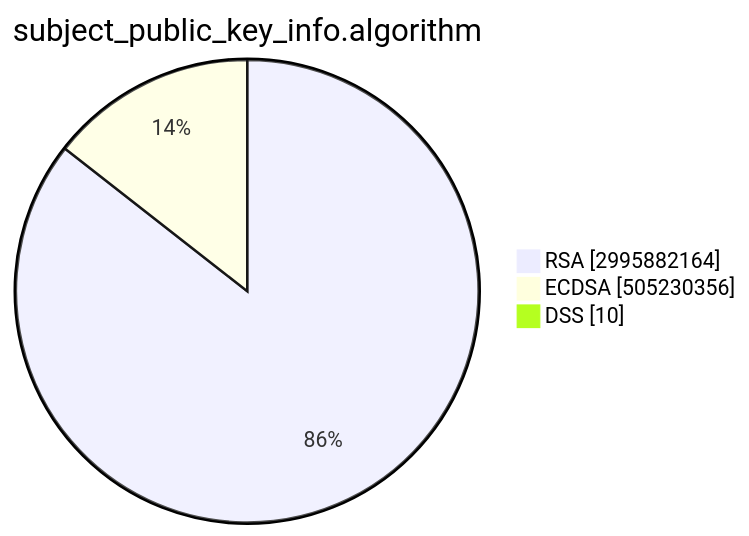
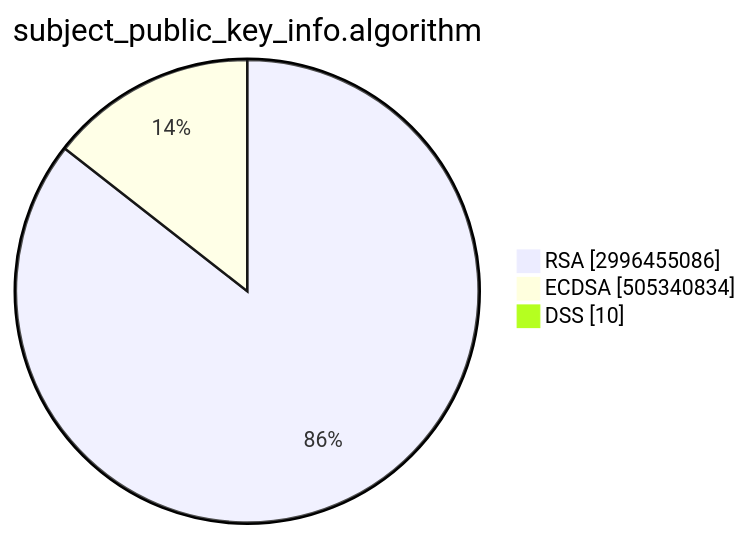
One commit to christiankrug/ctmonitor_visualization changed the second of 15 diagrams in TOTAL/README.md. Above: the diagram before and after it, drawn with Mermaid. The commit also changed other lines of this file, not shown here.

````diff
--- a/TOTAL/README.md
+++ b/TOTAL/README.md
@@ -6,7 +6,7 @@
 ```mermaid
 pie showData
 title subject_public_key_info.algorithm
-"RSA" :2995882164
-"ECDSA" :505230356
+"RSA" :2996455086
+"ECDSA" :505340834
 "DSS" :10
 ```
````
